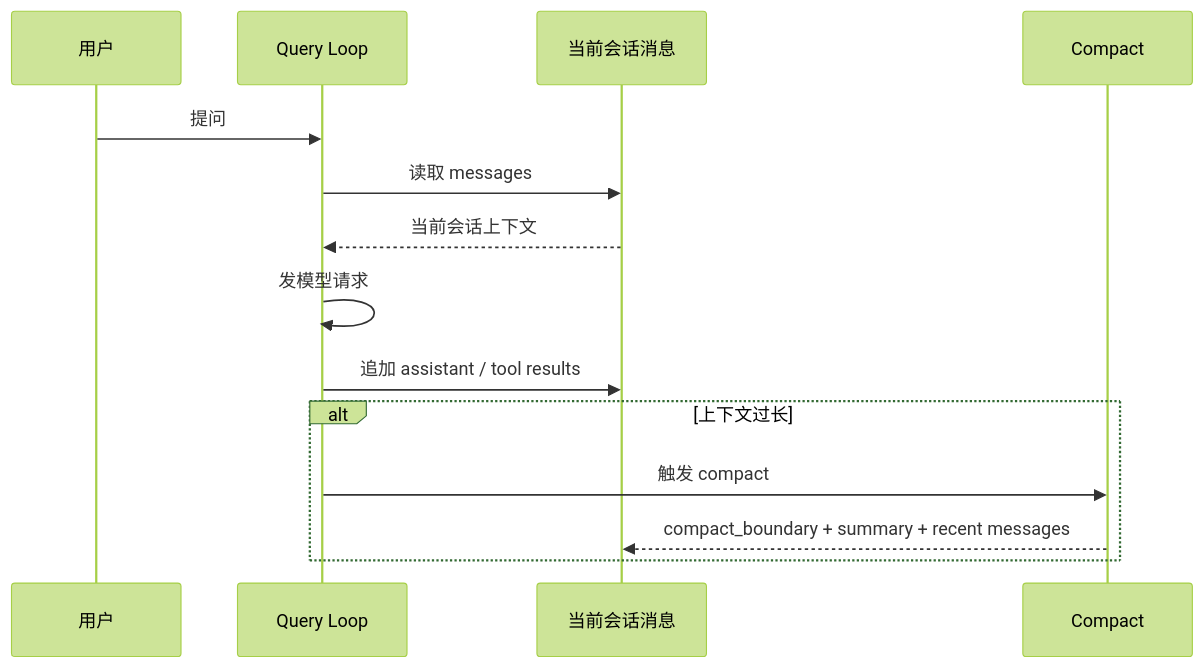
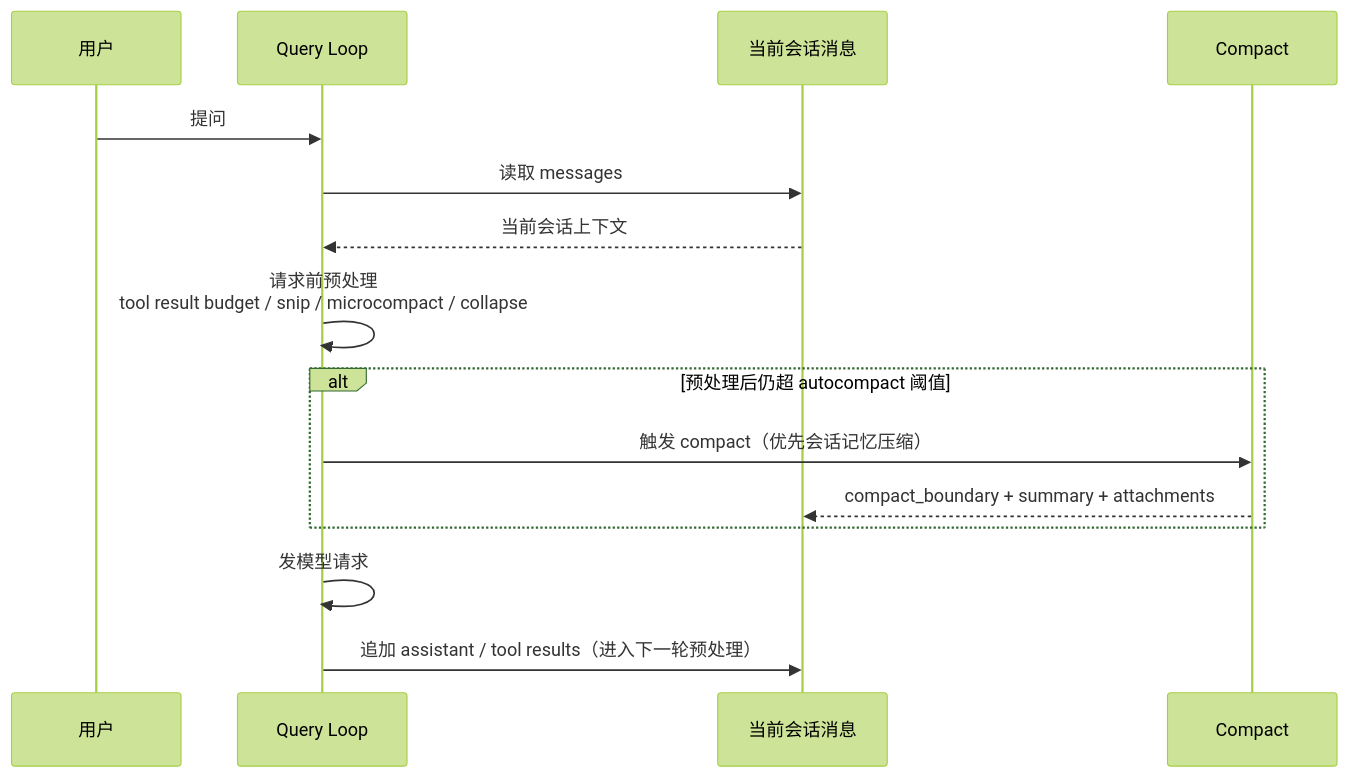
The fifth of 6 diagrams in 10_memory_patterns_basics/ClaudeCode长短期记忆架构设计文档.md (stormJun/ai-training), drawn with Mermaid (forest theme) before and after one commit. The commit also changed other lines of this file, not shown here.

First line of the commit message:
docs: 完善 Claude Code 记忆架构文档的示例与生命周期图

````diff
--- a/10_memory_patterns_basics/ClaudeCode长短期记忆架构设计文档.md
+++ b/10_memory_patterns_basics/ClaudeCode长短期记忆架构设计文档.md
@@ -969,18 +1017,18 @@
 ```mermaid
 sequenceDiagram
     participant U as 用户
     participant Q as Query Loop
     participant C as 当前会话消息
     participant CP as Compact
 
     U->>Q: 提问
     Q->>C: 读取 messages
     C-->>Q: 当前会话上下文
+    Q->>Q: 请求前预处理<br/>tool result budget / snip / microcompact / collapse
+    alt 预处理后仍超 autocompact 阈值
+        Q->>CP: 触发 compact（优先会话记忆压缩）
+        CP-->>C: compact_boundary + summary + attachments
+    end
     Q->>Q: 发模型请求
-    Q->>C: 追加 assistant / tool results
-
-    alt 上下文过长
-        Q->>CP: 触发 compact
-        CP-->>C: compact_boundary + summary + recent messages
-    end
+    Q->>C: 追加 assistant / tool results（进入下一轮预处理）
 ```
````
